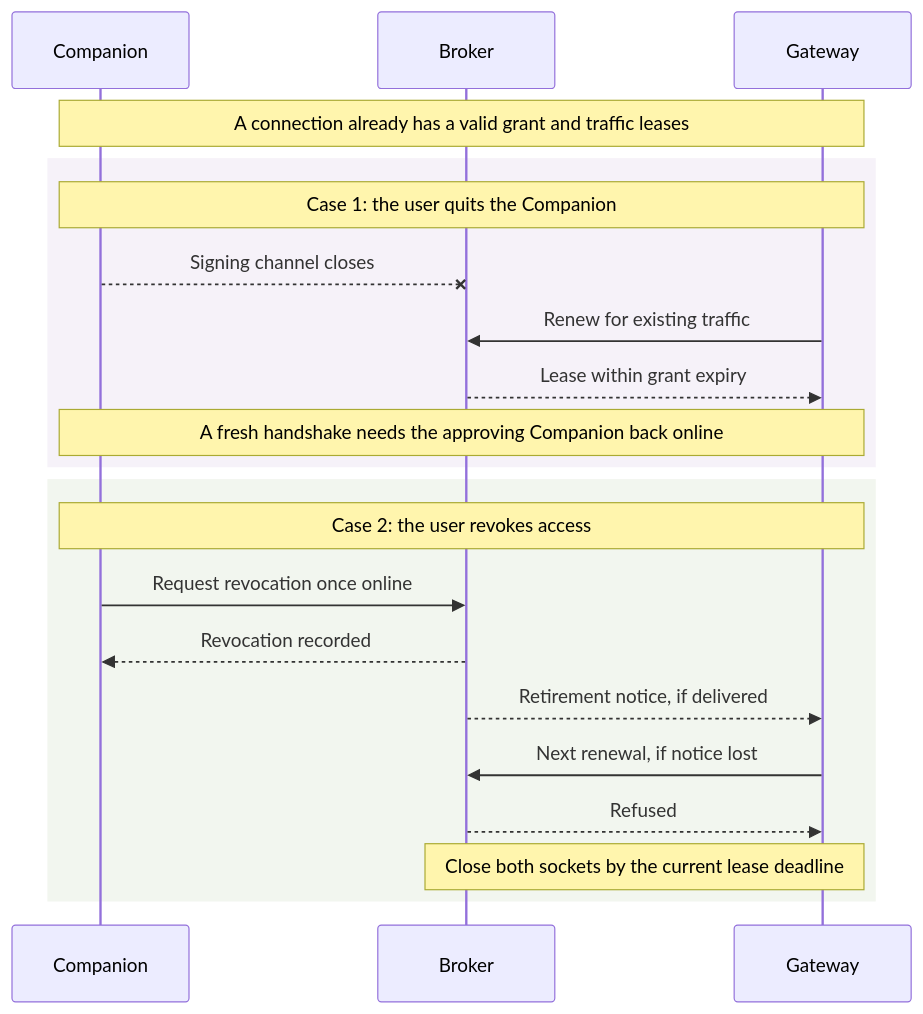
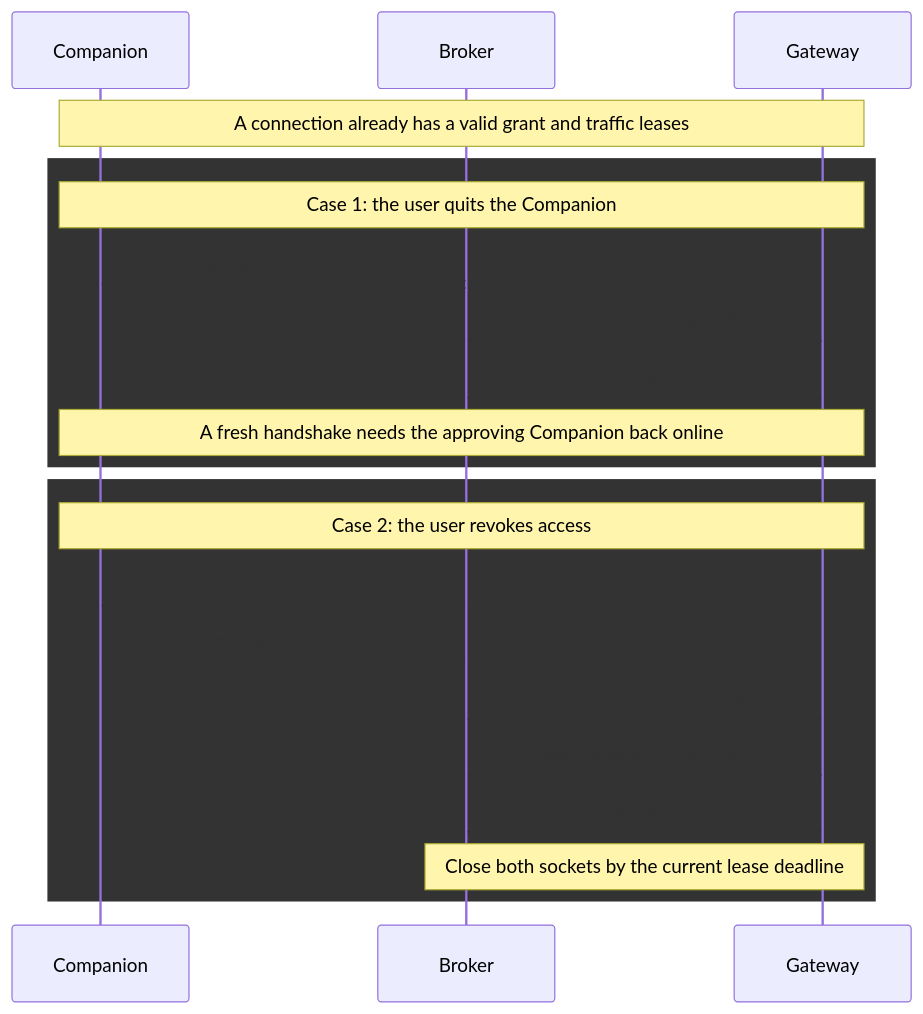
One commit to zeroae/countersign changed the diagram in docs/assets/diagrams/access-ends.mmd. Above: the diagram before and after it, drawn with Mermaid. The commit also changed 15 other files, not shown here.

First line of the commit message:
Harden the diagram renderer and drop empty diagram links (#14)

```diff
--- a/docs/assets/diagrams/access-ends.mmd
+++ b/docs/assets/diagrams/access-ends.mmd
@@ -1,24 +1,24 @@
 %%{init: {"sequence": {"actorMargin": 70}}}%%
 sequenceDiagram
     accTitle: What happens when the desktop quits or the user revokes access
     accDescr: Two cases. If the user quits the Companion, existing traffic can keep renewing leases but no fresh handshake can be signed. If the user revokes, the Broker records it, refuses further renewal, and the Gateway closes both sockets by the current lease deadline.
     participant C as Companion
     participant B as Broker
     participant G as Gateway
     Note over C,G: A connection already has a valid grant and traffic leases
-    rect rgb(246,242,249)
+    rect {band-request}
     Note over C,G: Case 1: the user quits the Companion
     C--xB: Signing channel closes
     G->>B: Renew for existing traffic
     B-->>G: Lease within grant expiry
     Note over C,G: A fresh handshake needs the approving Companion back online
     end
-    rect rgb(242,246,239)
+    rect {band-sign}
     Note over C,G: Case 2: the user revokes access
     C->>B: Request revocation once online
     B-->>C: Revocation recorded
     B-->>G: Retirement notice, if delivered
     G->>B: Next renewal, if notice lost
     B-->>G: Refused
     Note over B,G: Close both sockets by the current lease deadline
     end
```
